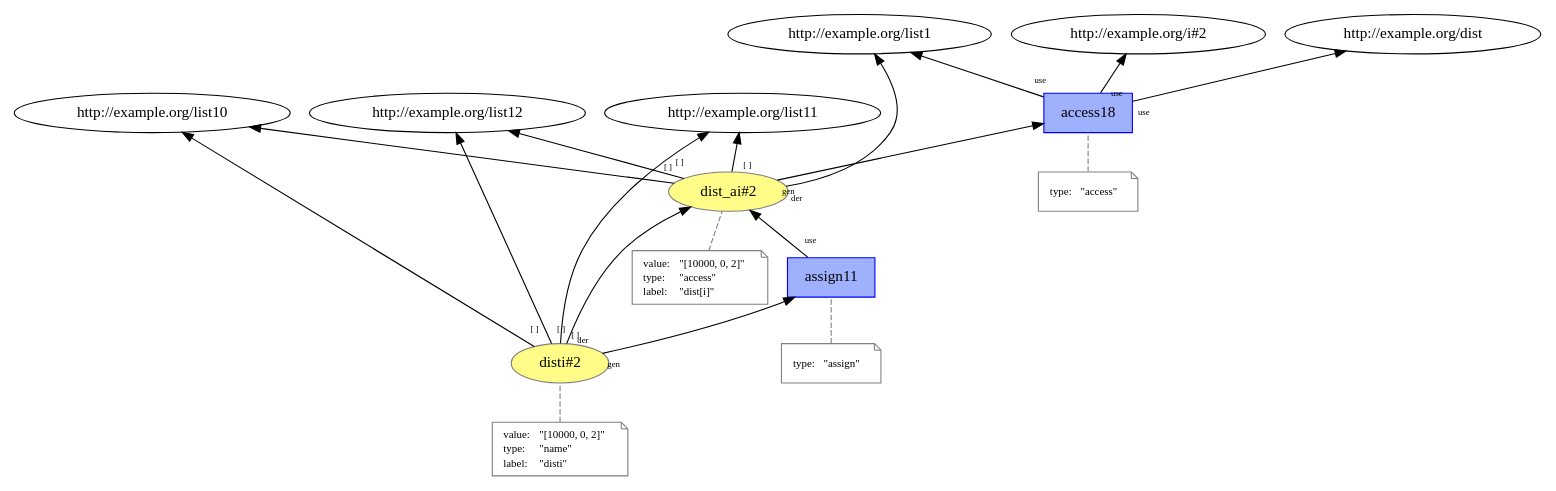
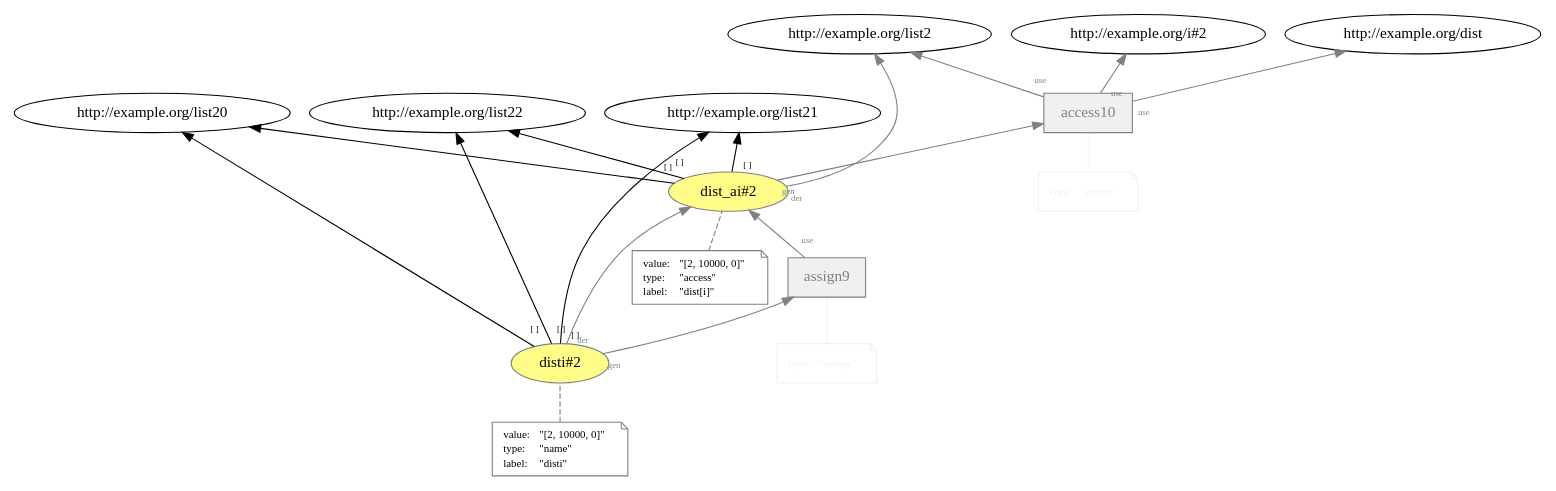
One commit to dew-uff/versioned-prov changed the diagram in images/plain_prov/temp/L12__access__assign_2.dot. Above: the diagram before and after it, drawn with Graphviz. The commit also changed 390 other files, not shown here.

```diff
--- a/images/plain_prov/temp/L12__access__assign_2.dot
+++ b/images/plain_prov/temp/L12__access__assign_2.dot
@@ -1,64 +1,64 @@
 digraph "PROV" { size="16,12"; rankdir="BT";
 "http://example.org/dist_ai#2" [fillcolor="#FFFC87",color="#808080",style="filled",label="dist_ai#2",URL="http://example.org/dist_ai#2"]
 "-attrs0" [color="gray",shape="note",fontsize="10",fontcolor="black",label=<<TABLE cellpadding="0" border="0">
 	<TR>
 	    <TD align="left">value:</TD>
-	    <TD align="left">&quot;[10000, 0, 2]&quot;</TD>
+	    <TD align="left">&quot;[2, 10000, 0]&quot;</TD>
 	</TR>
 	<TR>
 	    <TD align="left">type:</TD>
 	    <TD align="left">&quot;access&quot;</TD>
 	</TR>
 	<TR>
 	    <TD align="left">label:</TD>
 	    <TD align="left">&quot;dist[i]&quot;</TD>
 	</TR>
 </TABLE>>]
 "-attrs0" -> "http://example.org/dist_ai#2" [color="gray",style="dashed",arrowhead="none"]
-"http://example.org/dist_ai#2" -> "http://example.org/list10" [labelfontsize="8",labeldistance="1.5",labelangle="60.0",rotation="20",taillabel="[ ]"]
-"http://example.org/dist_ai#2" -> "http://example.org/list11" [labelfontsize="8",labeldistance="1.5",labelangle="60.0",rotation="20",taillabel="[ ]"]
-"http://example.org/dist_ai#2" -> "http://example.org/list12" [labelfontsize="8",labeldistance="1.5",labelangle="60.0",rotation="20",taillabel="[ ]"]
-"http://example.org/access18" [fillcolor="#9FB1FC",color="#0000FF",shape="polygon",sides="4",style="filled",label="access18",URL="http://example.org/access18"]
-"-attrs1" [color="gray",shape="note",fontsize="10",fontcolor="black",label=<<TABLE cellpadding="0" border="0">
+"http://example.org/dist_ai#2" -> "http://example.org/list20" [labelfontsize="8",labeldistance="1.5",color="black",labelangle="60.0",rotation="20",taillabel="[ ]"]
+"http://example.org/dist_ai#2" -> "http://example.org/list21" [labelfontsize="8",labeldistance="1.5",color="black",labelangle="60.0",rotation="20",taillabel="[ ]"]
+"http://example.org/dist_ai#2" -> "http://example.org/list22" [labelfontsize="8",labeldistance="1.5",color="black",labelangle="60.0",rotation="20",taillabel="[ ]"]
+"http://example.org/access10" [fillcolor="#F0F0F0",color="gray",shape="polygon",sides="4",style="filled",label="access10",URL="http://example.org/access10",fontcolor="gray"]
+"-attrs1" [color="#F0F0F0",shape="note",fontsize="10",fontcolor="black",label=<<TABLE cellpadding="0" border="0">
 	<TR>
-	    <TD align="left">type:</TD>
-	    <TD align="left">&quot;access&quot;</TD>
+	    <TD align="left"><font color="#F0F0F0">type:</font></TD>
+	    <TD align="left"><font color="#F0F0F0">&quot;access&quot;</font></TD>
 	</TR>
 </TABLE>>]
-"-attrs1" -> "http://example.org/access18" [color="gray",style="dashed",arrowhead="none"]
-"http://example.org/access18" -> "http://example.org/list1" [labelfontsize="8",labeldistance="1.5",labelangle="60.0",rotation="20",taillabel="use"]
-"http://example.org/dist_ai#2" -> "http://example.org/list1" [labelfontsize="8",labeldistance="1.5",labelangle="60.0",rotation="20",taillabel="der"]
-"http://example.org/dist_ai#2" -> "http://example.org/access18" [labelfontsize="8",labeldistance="1.5",labelangle="60.0",rotation="20",taillabel="gen"]
-"http://example.org/access18" -> "http://example.org/dist" [labelfontsize="8",labeldistance="1.5",labelangle="60.0",rotation="20",taillabel="use"]
-"http://example.org/access18" -> "http://example.org/i#2" [labelfontsize="8",labeldistance="1.5",labelangle="60.0",rotation="20",taillabel="use"]
+"-attrs1" -> "http://example.org/access10" [color="#F0F0F0",style="dashed",arrowhead="none"]
+"http://example.org/access10" -> "http://example.org/list2" [labelfontsize="8",labeldistance="1.5",color="gray",labelangle="60.0",rotation="20",taillabel="use",fontcolor="gray"]
+"http://example.org/dist_ai#2" -> "http://example.org/list2" [labelfontsize="8",labeldistance="1.5",color="gray",labelangle="60.0",rotation="20",taillabel="der",fontcolor="gray"]
+"http://example.org/dist_ai#2" -> "http://example.org/access10" [labelfontsize="8",labeldistance="1.5",color="gray",labelangle="60.0",rotation="20",taillabel="gen",fontcolor="gray"]
+"http://example.org/access10" -> "http://example.org/dist" [labelfontsize="8",labeldistance="1.5",color="gray",labelangle="60.0",rotation="20",taillabel="use",fontcolor="gray"]
+"http://example.org/access10" -> "http://example.org/i#2" [labelfontsize="8",labeldistance="1.5",color="gray",labelangle="60.0",rotation="20",taillabel="use",fontcolor="gray"]
 "http://example.org/disti#2" [fillcolor="#FFFC87",color="#808080",style="filled",label="disti#2",URL="http://example.org/disti#2"]
 "-attrs2" [color="gray",shape="note",fontsize="10",fontcolor="black",label=<<TABLE cellpadding="0" border="0">
 	<TR>
 	    <TD align="left">value:</TD>
-	    <TD align="left">&quot;[10000, 0, 2]&quot;</TD>
+	    <TD align="left">&quot;[2, 10000, 0]&quot;</TD>
 	</TR>
 	<TR>
 	    <TD align="left">type:</TD>
 	    <TD align="left">&quot;name&quot;</TD>
 	</TR>
 	<TR>
 	    <TD align="left">label:</TD>
 	    <TD align="left">&quot;disti&quot;</TD>
 	</TR>
 </TABLE>>]
 "-attrs2" -> "http://example.org/disti#2" [color="gray",style="dashed",arrowhead="none"]
-"http://example.org/disti#2" -> "http://example.org/list10" [labelfontsize="8",labeldistance="1.5",labelangle="60.0",rotation="20",taillabel="[ ]"]
-"http://example.org/disti#2" -> "http://example.org/list11" [labelfontsize="8",labeldistance="1.5",labelangle="60.0",rotation="20",taillabel="[ ]"]
-"http://example.org/disti#2" -> "http://example.org/list12" [labelfontsize="8",labeldistance="1.5",labelangle="60.0",rotation="20",taillabel="[ ]"]
-"http://example.org/assign11" [fillcolor="#9FB1FC",color="#0000FF",shape="polygon",sides="4",style="filled",label="assign11",URL="http://example.org/assign11"]
-"-attrs3" [color="gray",shape="note",fontsize="10",fontcolor="black",label=<<TABLE cellpadding="0" border="0">
+"http://example.org/disti#2" -> "http://example.org/list20" [labelfontsize="8",labeldistance="1.5",color="black",labelangle="60.0",rotation="20",taillabel="[ ]"]
+"http://example.org/disti#2" -> "http://example.org/list21" [labelfontsize="8",labeldistance="1.5",color="black",labelangle="60.0",rotation="20",taillabel="[ ]"]
+"http://example.org/disti#2" -> "http://example.org/list22" [labelfontsize="8",labeldistance="1.5",color="black",labelangle="60.0",rotation="20",taillabel="[ ]"]
+"http://example.org/assign9" [fillcolor="#F0F0F0",color="gray",shape="polygon",sides="4",style="filled",label="assign9",URL="http://example.org/assign9",fontcolor="gray"]
+"-attrs3" [color="#F0F0F0",shape="note",fontsize="10",fontcolor="black",label=<<TABLE cellpadding="0" border="0">
 	<TR>
-	    <TD align="left">type:</TD>
-	    <TD align="left">&quot;assign&quot;</TD>
+	    <TD align="left"><font color="#F0F0F0">type:</font></TD>
+	    <TD align="left"><font color="#F0F0F0">&quot;assign&quot;</font></TD>
 	</TR>
 </TABLE>>]
-"-attrs3" -> "http://example.org/assign11" [color="gray",style="dashed",arrowhead="none"]
-"http://example.org/assign11" -> "http://example.org/dist_ai#2" [labelfontsize="8",labeldistance="1.5",labelangle="60.0",rotation="20",taillabel="use"]
-"http://example.org/disti#2" -> "http://example.org/dist_ai#2" [labelfontsize="8",labeldistance="1.5",labelangle="60.0",rotation="20",taillabel="der"]
-"http://example.org/disti#2" -> "http://example.org/assign11" [labelfontsize="8",labeldistance="1.5",labelangle="60.0",rotation="20",taillabel="gen"]
+"-attrs3" -> "http://example.org/assign9" [color="#F0F0F0",style="dashed",arrowhead="none"]
+"http://example.org/assign9" -> "http://example.org/dist_ai#2" [labelfontsize="8",labeldistance="1.5",color="gray",labelangle="60.0",rotation="20",taillabel="use",fontcolor="gray"]
+"http://example.org/disti#2" -> "http://example.org/dist_ai#2" [labelfontsize="8",labeldistance="1.5",color="gray",labelangle="60.0",rotation="20",taillabel="der",fontcolor="gray"]
+"http://example.org/disti#2" -> "http://example.org/assign9" [labelfontsize="8",labeldistance="1.5",color="gray",labelangle="60.0",rotation="20",taillabel="gen",fontcolor="gray"]
 }
```
